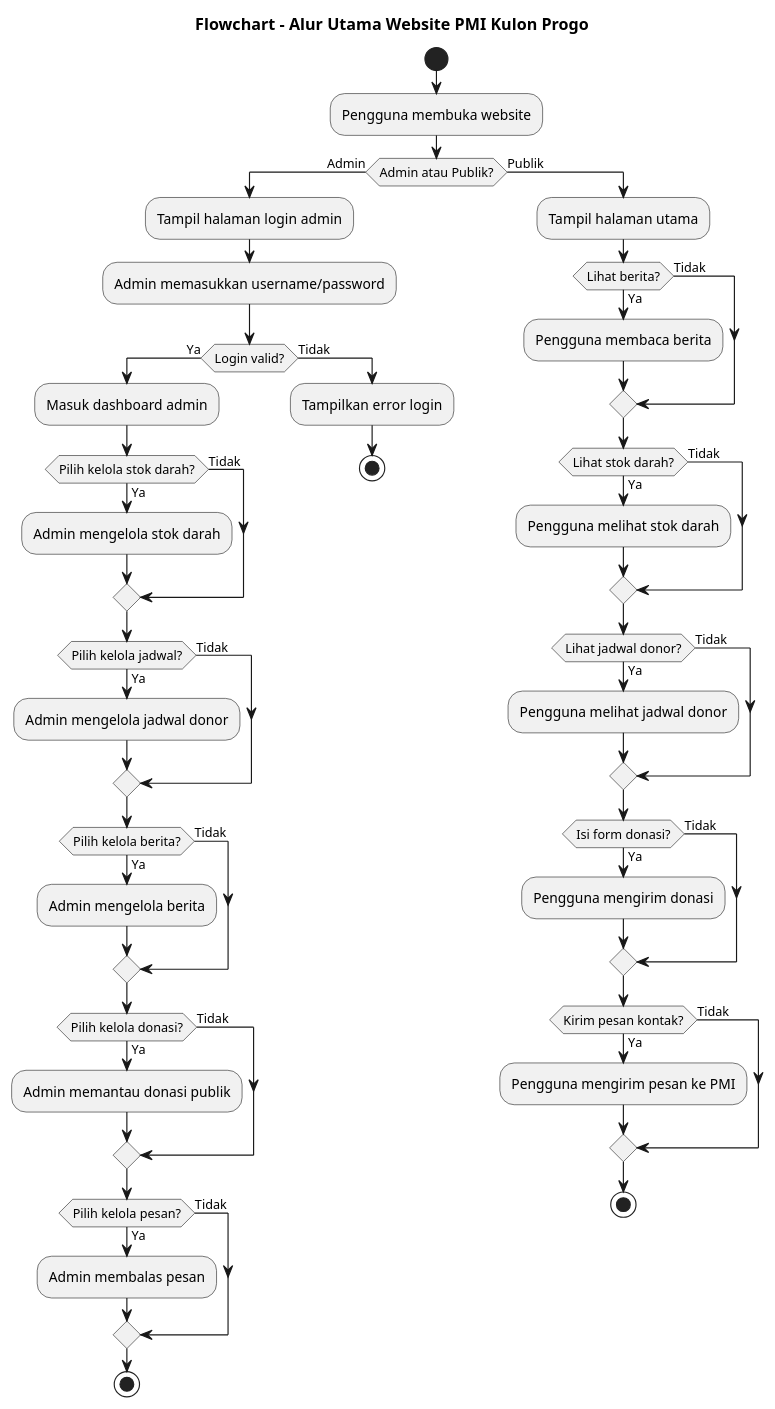
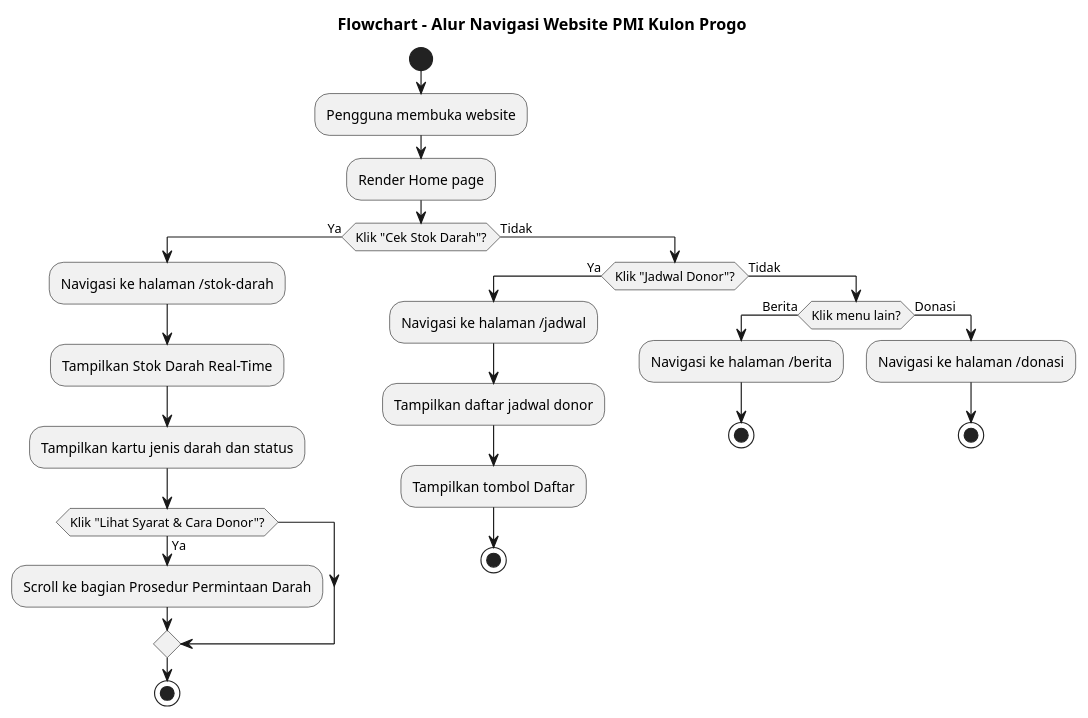
The diagram in diagram/flowchart.puml (jaddu17/capstonepmikp), drawn with PlantUML before and after one commit. The commit also changed 6 other files, not shown here.

```diff
--- a/diagram/flowchart.puml
+++ b/diagram/flowchart.puml
@@ -1,61 +1,32 @@
 @startuml FLOWCHART
-title Flowchart - Alur Utama Website PMI Kulon Progo
+title Flowchart - Alur Navigasi Website PMI Kulon Progo
 
 start
 :Pengguna membuka website;
-if (Admin atau Publik?) then (Admin)
-  :Tampil halaman login admin;
-  :Admin memasukkan username/password;
-  if (Login valid?) then (Ya)
-    :Masuk dashboard admin;
-    if (Pilih kelola stok darah?) then (Ya)
-      :Admin mengelola stok darah;
-    else (Tidak)
-    endif
-    if (Pilih kelola jadwal?) then (Ya)
-      :Admin mengelola jadwal donor;
-    else (Tidak)
-    endif
-    if (Pilih kelola berita?) then (Ya)
-      :Admin mengelola berita;
-    else (Tidak)
-    endif
-    if (Pilih kelola donasi?) then (Ya)
-      :Admin memantau donasi publik;
-    else (Tidak)
-    endif
-    if (Pilih kelola pesan?) then (Ya)
-      :Admin membalas pesan;
-    else (Tidak)
-    endif
+:Render Home page;
+if (Klik "Cek Stok Darah"?) then (Ya)
+  :Navigasi ke halaman /stok-darah;
+  :Tampilkan Stok Darah Real-Time;
+  :Tampilkan kartu jenis darah dan status;
+  if (Klik "Lihat Syarat & Cara Donor"?) then (Ya)
+    :Scroll ke bagian Prosedur Permintaan Darah;
+  endif
+  stop
+else (Tidak)
+  if (Klik "Jadwal Donor"?) then (Ya)
+    :Navigasi ke halaman /jadwal;
+    :Tampilkan daftar jadwal donor;
+    :Tampilkan tombol Daftar;
     stop
   else (Tidak)
-    :Tampilkan error login;
-    stop
+    if (Klik menu lain?) then (Berita)
+      :Navigasi ke halaman /berita;
+      stop
+    else (Donasi)
+      :Navigasi ke halaman /donasi;
+      stop
+    endif
   endif
-else (Publik)
-  :Tampil halaman utama;
-  if (Lihat berita?) then (Ya)
-    :Pengguna membaca berita;
-  else (Tidak)
-  endif
-  if (Lihat stok darah?) then (Ya)
-    :Pengguna melihat stok darah;
-  else (Tidak)
-  endif
-  if (Lihat jadwal donor?) then (Ya)
-    :Pengguna melihat jadwal donor;
-  else (Tidak)
-  endif
-  if (Isi form donasi?) then (Ya)
-    :Pengguna mengirim donasi;
-  else (Tidak)
-  endif
-  if (Kirim pesan kontak?) then (Ya)
-    :Pengguna mengirim pesan ke PMI;
-  else (Tidak)
-  endif
-  stop
 endif
 
 @enduml
```
